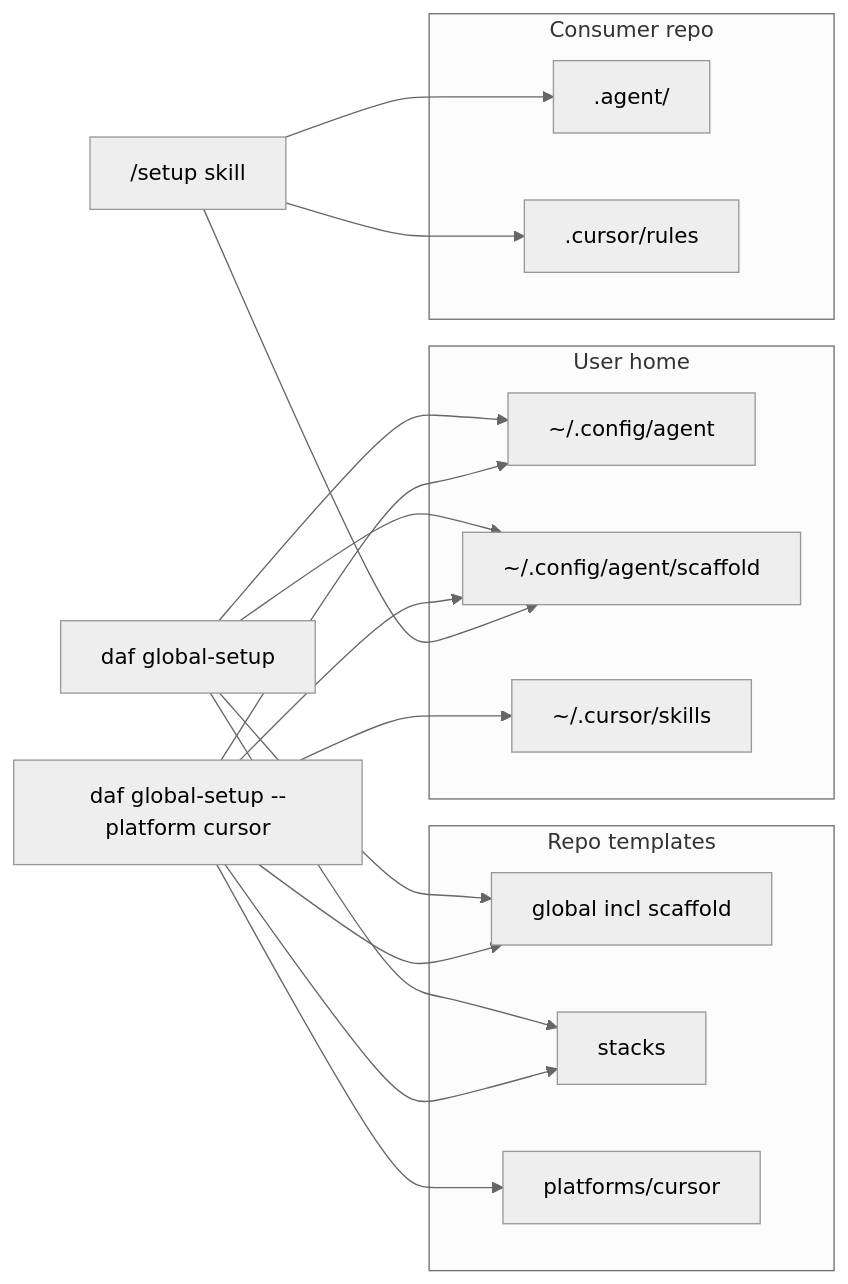
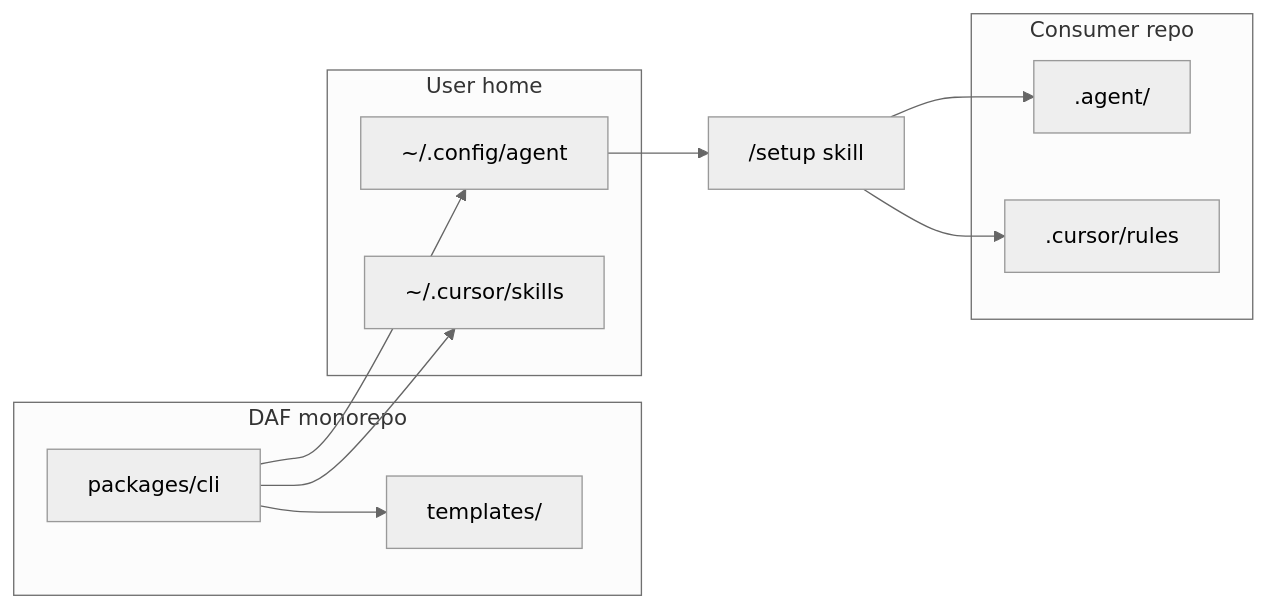
The diagram in .agent/ARCHITECTURE.md (npain142/daniels-agentic-framework), drawn with Mermaid (neutral theme) before and after one commit. The commit also changed other lines of this file and 30 other files, not shown here.

Commit message:
daf setup + task dropped

````diff
--- a/.agent/ARCHITECTURE.md
+++ b/.agent/ARCHITECTURE.md
@@ -27,33 +25,22 @@
 ```mermaid
 flowchart LR
-  subgraph templates [Repo templates]
-    GL[global incl scaffold]
-    ST[stacks]
-    PF[platforms/cursor]
+  subgraph repo [DAF monorepo]
+    T[templates/]
+    CLI[packages/cli]
   end
   subgraph home [User home]
     GC["~/.config/agent"]
-    GScaffold["~/.config/agent/scaffold"]
     CS["~/.cursor/skills"]
   end
-  subgraph consumer [Consumer repo]
+  subgraph project [Consumer repo]
     AG[".agent/"]
     CUR[".cursor/rules"]
   end
-  dafGlobal["daf global-setup"]
-  dafGlobalCursor["daf global-setup --platform cursor"]
+  CLI --> T
+  CLI --> GC
+  CLI --> CS
   setup["/setup skill"]
-  dafGlobal --> GL
-  dafGlobal --> ST
-  dafGlobal --> GC
-  dafGlobal --> GScaffold
-  dafGlobalCursor --> GL
-  dafGlobalCursor --> ST
-  dafGlobalCursor --> GC
-  dafGlobalCursor --> GScaffold
-  dafGlobalCursor --> PF
-  dafGlobalCursor --> CS
-  setup --> GScaffold
+  GC --> setup
   setup --> AG
   setup --> CUR
 ```
````
